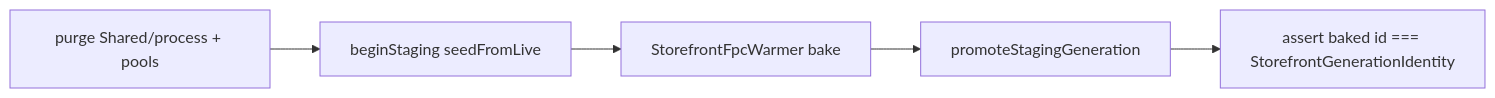
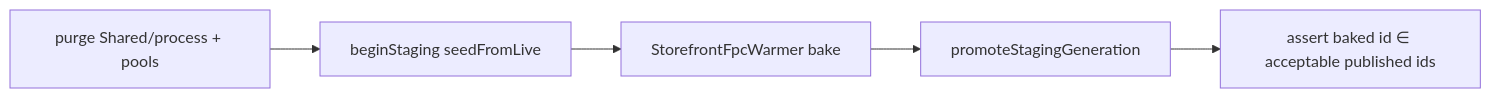
One commit to Aiweline/WelineFramework changed the second of 2 diagrams in app/code/Weline/Frontend/doc/架构/店面世代与前端工作流.md. Above: the diagram before and after it, drawn with Mermaid. The commit also changed other lines of this file and 7 other files, not shown here.

````diff
--- a/app/code/Weline/Frontend/doc/架构/店面世代与前端工作流.md
+++ b/app/code/Weline/Frontend/doc/架构/店面世代与前端工作流.md
@@ -125,9 +125,9 @@
 ```mermaid
 flowchart LR
   Purge[purge Shared/process + pools]
   Stage[beginStaging seedFromLive]
   Warm[StorefrontFpcWarmer bake]
   Promote[promoteStagingGeneration]
-  Assert[assert baked id === StorefrontGenerationIdentity]
+  Assert[assert baked id ∈ acceptable published ids]
   Purge --> Stage --> Warm --> Promote --> Assert
 ```
````
